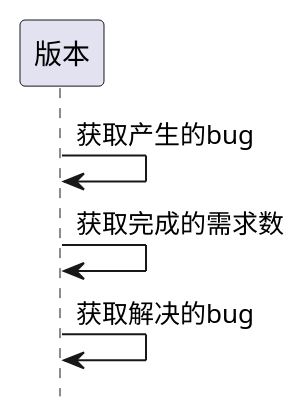
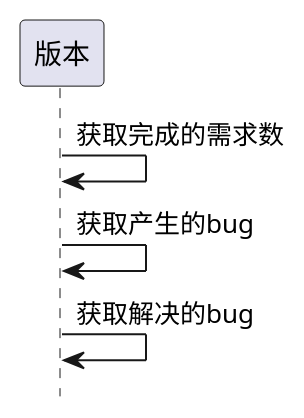
The second of 2 diagrams in ibizpms-docs/src/main/doc/v1/module/zentao/Build_old.md (zj335841911/nt_chandao), drawn with PlantUML before and after one commit. The commit also changed other lines of this file and 2125 other files, not shown here.

```diff
--- a/ibizpms-docs/src/main/doc/v1/module/zentao/Build_old.md
+++ b/ibizpms-docs/src/main/doc/v1/module/zentao/Build_old.md
@@ -97,7 +97,7 @@
 {% plantuml %}
 hide footbox
 
+版本 -> 版本: 获取完成的需求数
 版本 -> 版本: 获取产生的bug
-版本 -> 版本: 获取完成的需求数
 版本 -> 版本: 获取解决的bug
 {% endplantuml %}
```
